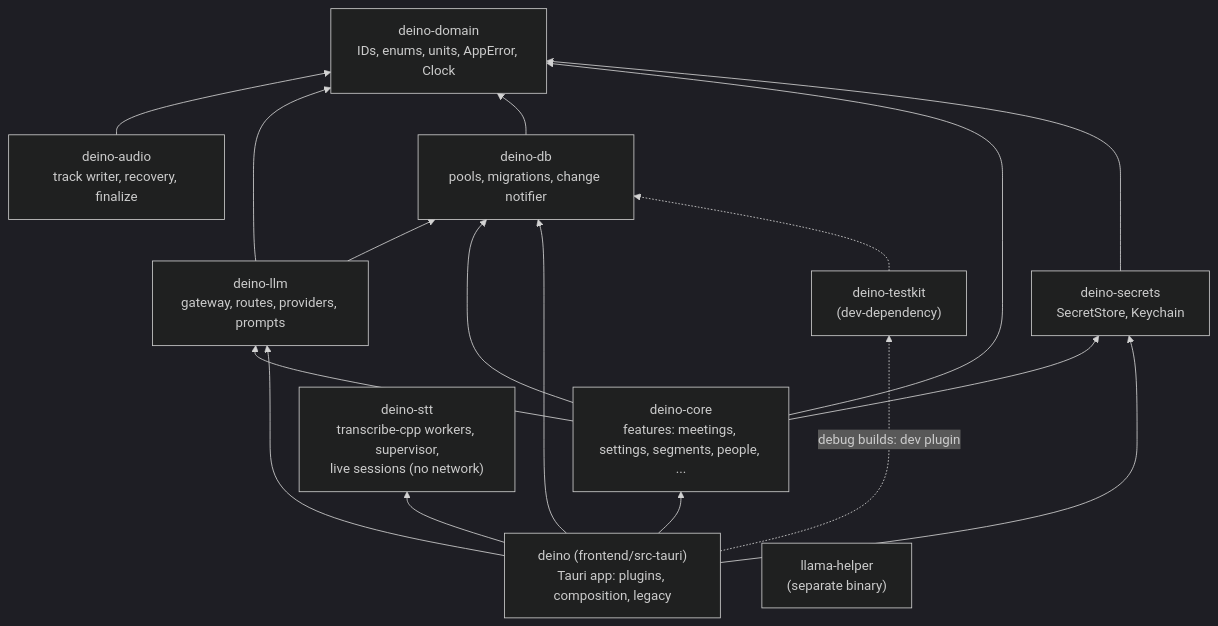
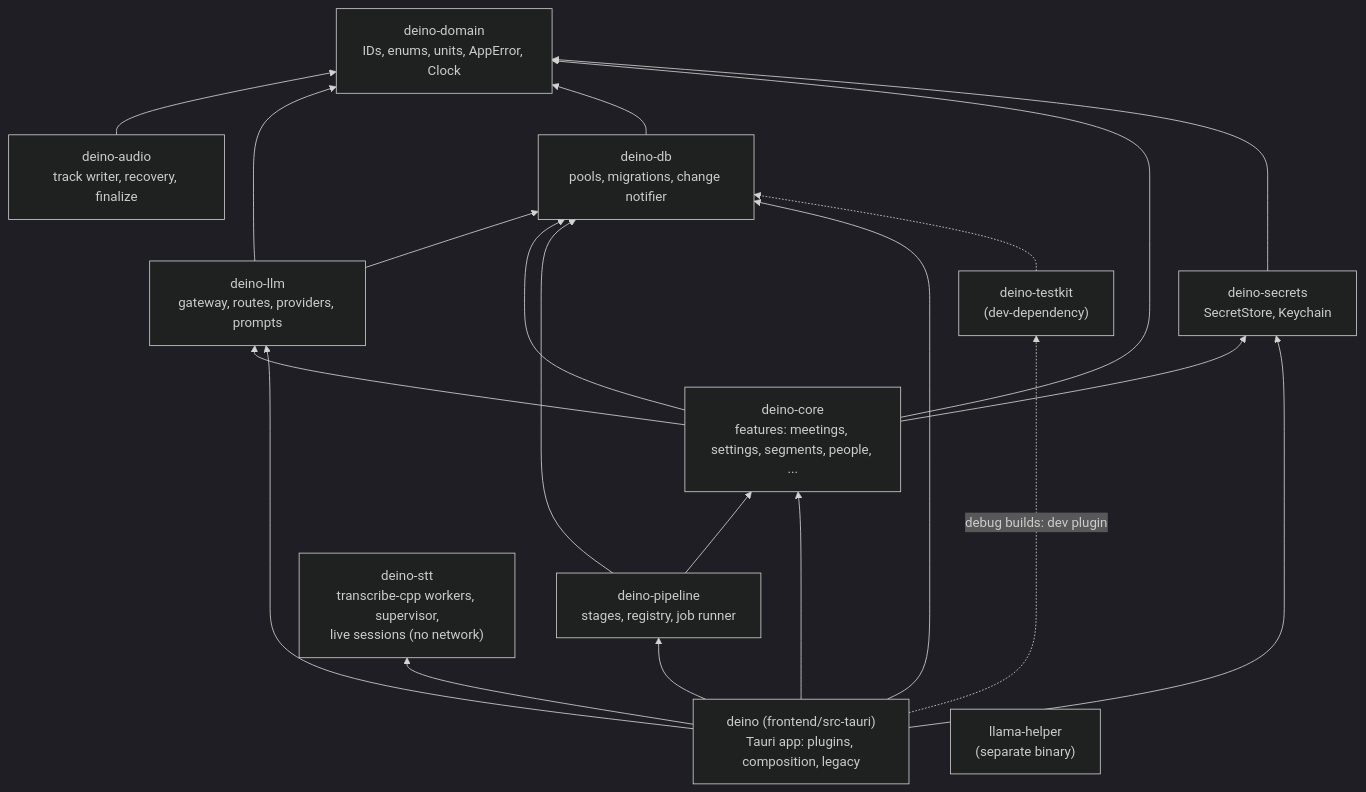
Before and after one commit to xenshreyas/Deino: the second of 7 diagrams in docs/ARCHITECTURE.md, drawn with Mermaid (dark theme). The commit also changed other lines of this file and 7 other files, not shown here.

Commit message:
docs: FND-08 pipeline in the architecture map, ADR 0018, READMEs and the plan

````diff
--- a/docs/ARCHITECTURE.md
+++ b/docs/ARCHITECTURE.md
@@ -49,29 +50,33 @@
 ```mermaid
 flowchart BT
   domain["deino-domain<br/>IDs, enums, units, AppError, Clock"]
   db["deino-db<br/>pools, migrations, change notifier"]
   core["deino-core<br/>features: meetings, settings, segments, people, ..."]
   secrets["deino-secrets<br/>SecretStore, Keychain"]
+  pipeline["deino-pipeline<br/>stages, registry, job runner"]
   testkit["deino-testkit<br/>(dev-dependency)"]
   stt["deino-stt<br/>transcribe-cpp workers, supervisor,<br/>live sessions (no network)"]
   app["deino (frontend/src-tauri)<br/>Tauri app: plugins, composition, legacy"]
   helper["llama-helper<br/>(separate binary)"]
   audio["deino-audio<br/>track writer, recovery, finalize"]
   llm["deino-llm<br/>gateway, routes, providers, prompts"]
   audio --> domain
   llm --> db
   llm --> domain
   core --> llm
   app --> llm
   db --> domain
   core --> db
   core --> domain
   core --> secrets
   secrets --> domain
+  pipeline --> core
+  pipeline --> db
+  app --> pipeline
   app --> core
   app --> db
   app --> secrets
   app --> stt
   app -. "debug builds: dev plugin" .-> testkit
   testkit -.-> db
 ```
````
